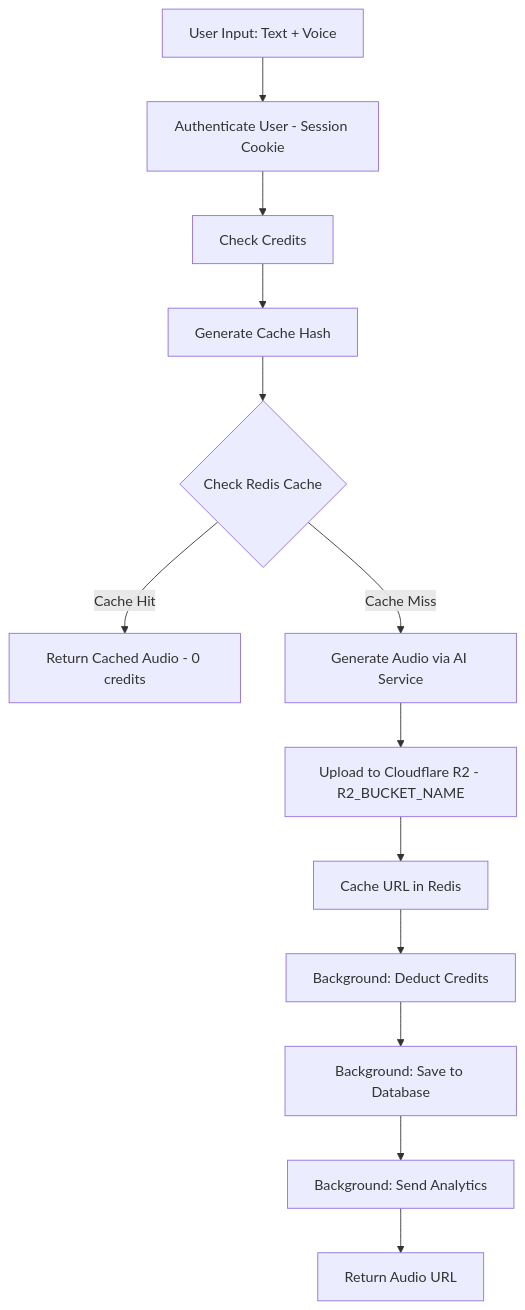
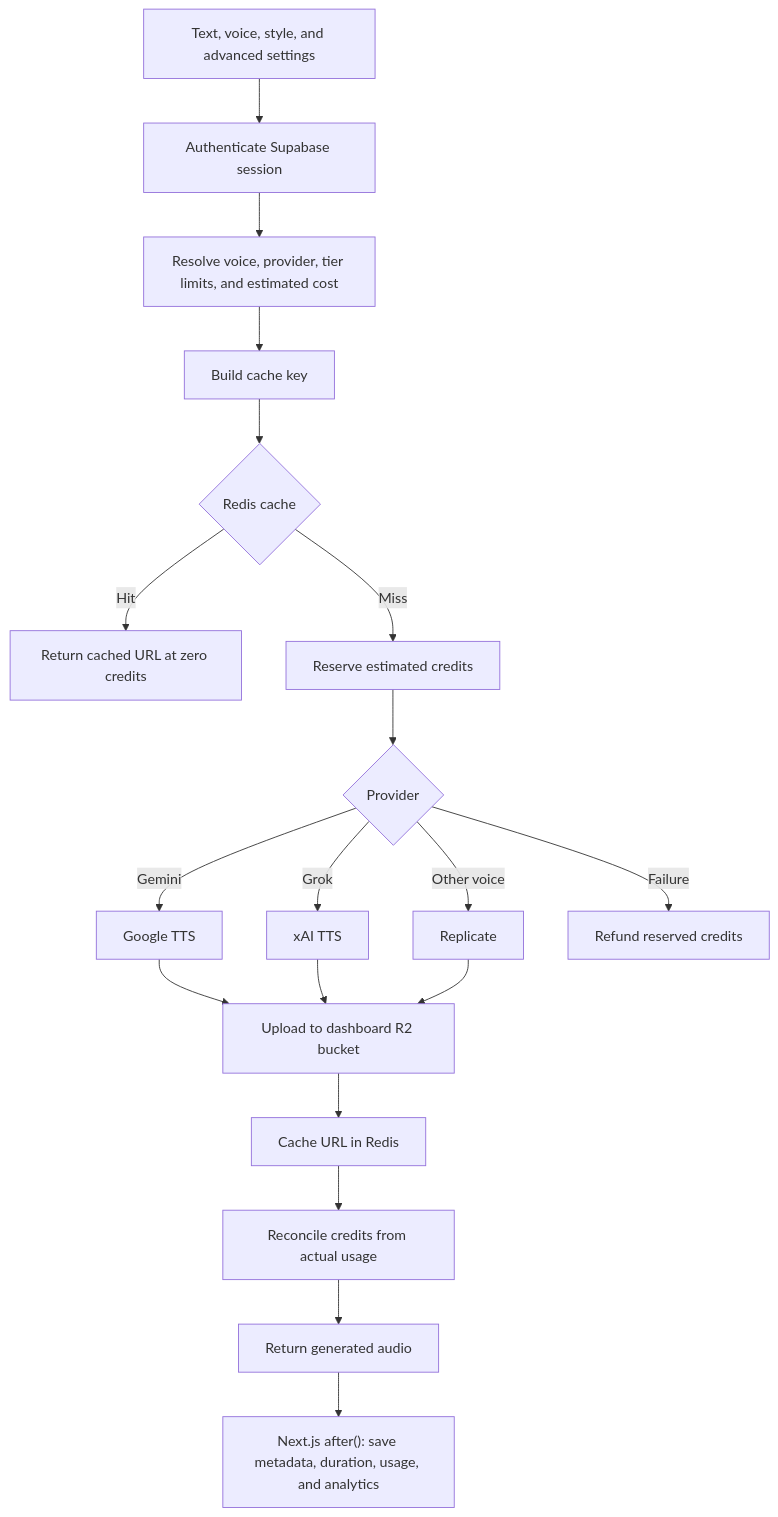
One commit to gianpaj/sexyvoice changed the third of 5 diagrams in ARCHITECTURE.md. Above: the diagram before and after it, drawn with Mermaid. The commit also changed other lines of this file, not shown here.

Commit message:
docs: Refresh architecture overview

````diff
--- a/ARCHITECTURE.md
+++ b/ARCHITECTURE.md
@@ -134,15 +160,21 @@
 ```mermaid
 flowchart TD
-    A[User Input: Text + Voice] --> B[Authenticate User - Session Cookie]
-    B --> C[Check Credits]
-    C --> D[Generate Cache Hash]
-    D --> E{Check Redis Cache}
-    E -->|Cache Hit| F[Return Cached Audio - 0 credits]
-    E -->|Cache Miss| G[Generate Audio via AI Service]
-    G --> H[Upload to Cloudflare R2 - R2_BUCKET_NAME]
-    H --> I[Cache URL in Redis]
-    I --> J[Background: Deduct Credits]
-    J --> K[Background: Save to Database]
-    K --> L[Background: Send Analytics]
-    L --> M[Return Audio URL]
+    A["Text, voice, style, and advanced settings"] --> B["Authenticate Supabase session"]
+    B --> C["Resolve voice, provider, tier limits, and estimated cost"]
+    C --> D["Build cache key"]
+    D --> E{"Redis cache"}
+    E -->|"Hit"| F["Return cached URL at zero credits"]
+    E -->|"Miss"| G["Reserve estimated credits"]
+    G --> H{"Provider"}
+    H -->|"Gemini"| I["Google TTS"]
+    H -->|"Grok"| J["xAI TTS"]
+    H -->|"Other voice"| K["Replicate"]
+    I --> L["Upload to dashboard R2 bucket"]
+    J --> L
+    K --> L
+    L --> M["Cache URL in Redis"]
+    M --> N["Reconcile credits from actual usage"]
+    N --> O["Return generated audio"]
+    O --> P["Next.js after(): save metadata, duration, usage, and analytics"]
+    H -->|"Failure"| Q["Refund reserved credits"]
 ```
````
